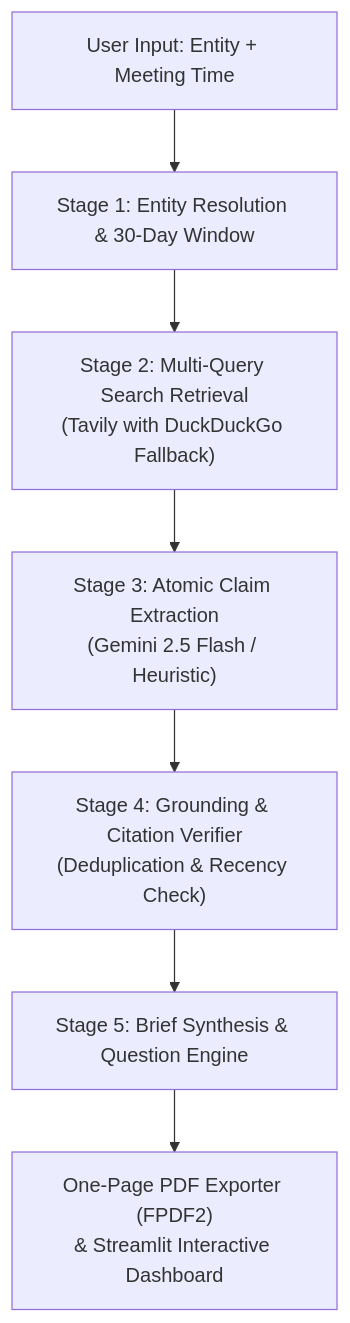
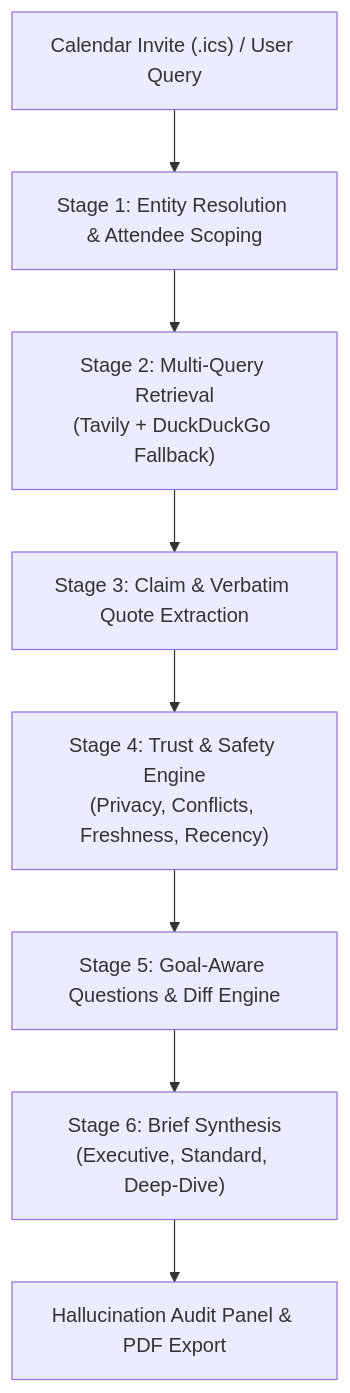
One commit to KushagraMishra04/Pre-Meeting-Briefing-Agent changed the diagram in README.md. Above: the diagram before and after it, drawn with Mermaid. The commit also changed other lines of this file and 14 other files, not shown here.

Commit message:
Add full enterprise specifications and trust safety features

````diff
--- a/README.md
+++ b/README.md
@@ -34,9 +70,10 @@
 ```mermaid
 flowchart TD
-    A["User Input: Entity + Meeting Time"] --> B["Stage 1: Entity Resolution & 30-Day Window"]
-    B --> C["Stage 2: Multi-Query Search Retrieval\n(Tavily with DuckDuckGo Fallback)"]
-    C --> D["Stage 3: Atomic Claim Extraction\n(Gemini 2.5 Flash / Heuristic)"]
-    D --> E["Stage 4: Grounding & Citation Verifier\n(Deduplication & Recency Check)"]
-    E --> F["Stage 5: Brief Synthesis & Question Engine"]
-    F --> G["One-Page PDF Exporter (FPDF2)\n& Streamlit Interactive Dashboard"]
+    A["Calendar Invite (.ics) / User Query"] --> B["Stage 1: Entity Resolution & Attendee Scoping"]
+    B --> C["Stage 2: Multi-Query Retrieval\n(Tavily + DuckDuckGo Fallback)"]
+    C --> D["Stage 3: Claim & Verbatim Quote Extraction"]
+    D --> E["Stage 4: Trust & Safety Engine\n(Privacy, Conflicts, Freshness, Recency)"]
+    E --> F["Stage 5: Goal-Aware Questions & Diff Engine"]
+    F --> G["Stage 6: Brief Synthesis\n(Executive, Standard, Deep-Dive)"]
+    G --> H["Hallucination Audit Panel & PDF Export"]
 ```
````
